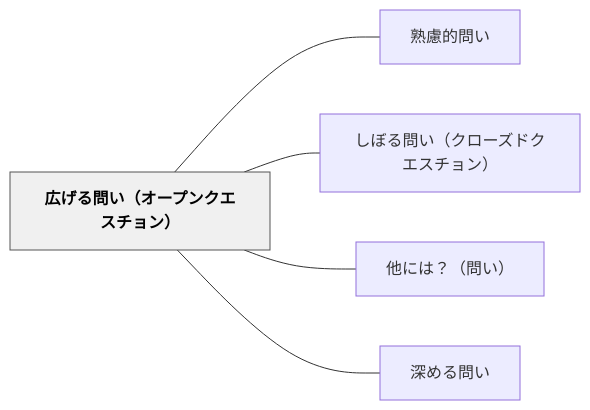
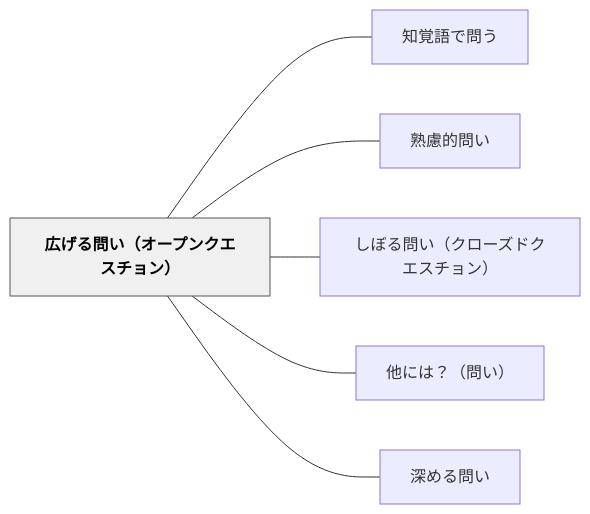
The diagram in content/パタン/広げる問い（オープンクエスチョン）.md (unknownthings-ed-patterns/unknownthings-ed-patterns), drawn with Mermaid before and after one commit. The commit also changed other lines of this file and 473 other files, not shown here.

````diff
--- a/content/パタン/広げる問い（オープンクエスチョン）.md
+++ b/content/パタン/広げる問い（オープンクエスチョン）.md
@@ -41,16 +42,18 @@
 ```mermaid
 flowchart LR
     ne5ba83e38192["広げる問い（オープンクエスチョン）"]
+    ne79fa5e8a69a["知覚語で問う"]
     ne7869fe685ae["熟慮的問い"]
     ne38197e381bc["しぼる問い（クローズドクエスチョン）"]
     ne4bb96e381ab["他には？（問い）"]
     ne6b7b1e38281["深める問い"]
 
+    ne5ba83e38192 --- ne79fa5e8a69a
     ne5ba83e38192 --- ne7869fe685ae
     ne5ba83e38192 --- ne38197e381bc
     ne5ba83e38192 --- ne4bb96e381ab
     ne5ba83e38192 --- ne6b7b1e38281
 
     classDef hub fill:#f0f0f0,stroke:#555,color:#000,font-weight:bold
     class ne5ba83e38192 hub
 ```
````
